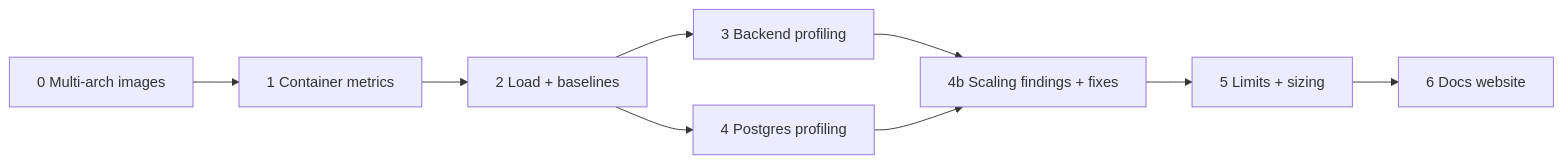
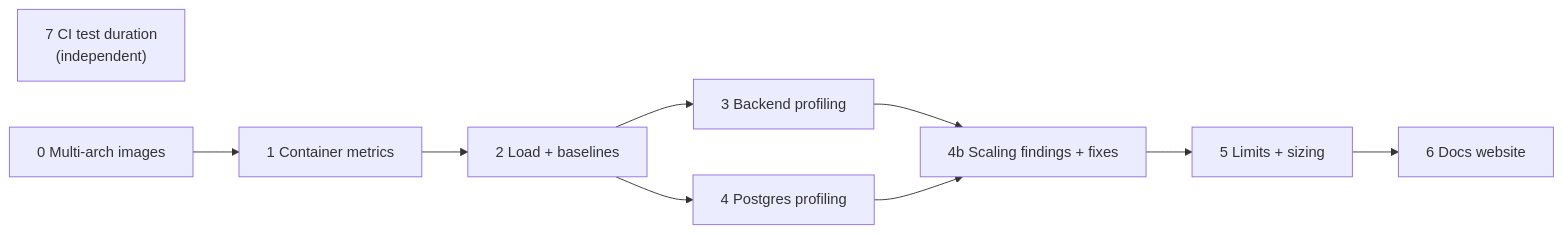
Before and after one commit to ballardr/reqtrackmanager: the first of 3 diagrams in docs/plans/resource-profiling-plan.md, drawn with Mermaid. The commit also changed other lines of this file and 4 other files, not shown here.

````diff
--- a/docs/plans/resource-profiling-plan.md
+++ b/docs/plans/resource-profiling-plan.md
@@ -20,11 +21,12 @@
 ```mermaid
 flowchart LR
+    P7["7 CI test duration<br/>(independent)"]
     P0["0 Multi-arch images"] --> P1
     P1["1 Container metrics"] --> P2["2 Load + baselines"]
     P2 --> P3["3 Backend profiling"]
     P2 --> P4["4 Postgres profiling"]
     P3 --> P4b["4b Scaling findings + fixes"]
     P4 --> P4b
     P4b --> P5["5 Limits + sizing"]
     P5 --> P6["6 Docs website"]
 ```
````
